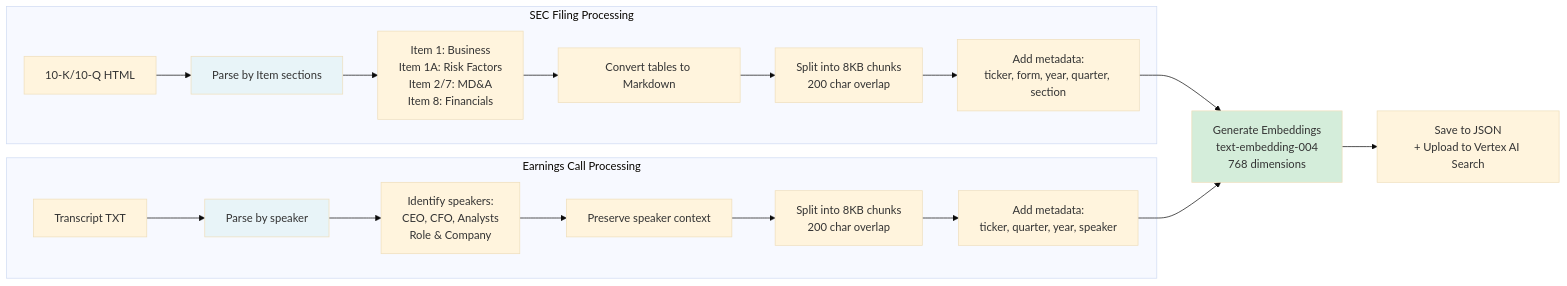
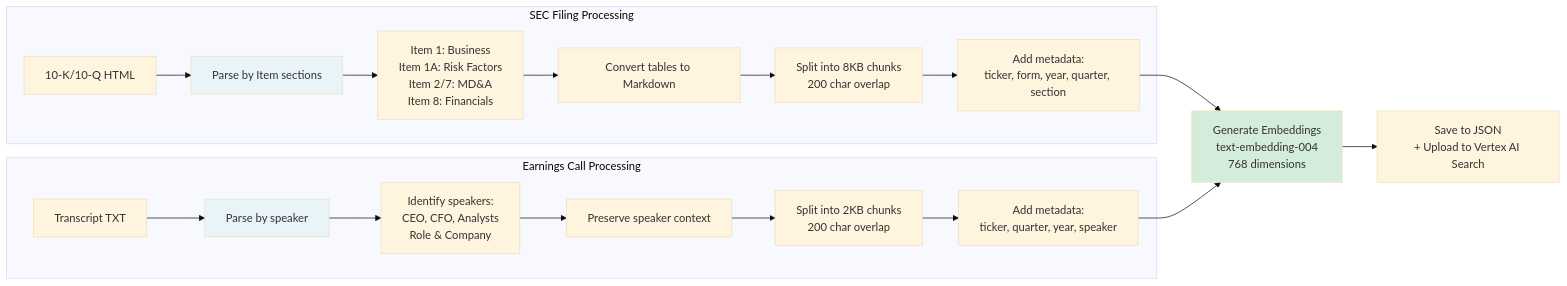
Before and after one commit to tgrady101/Insurance_AI_POC: the seventh of 11 diagrams in ARCHITECTURE_FLOW.md, drawn with Mermaid (base theme). The commit also changed other lines of this file and 1 other file, not shown here.

````diff
--- a/ARCHITECTURE_FLOW.md
+++ b/ARCHITECTURE_FLOW.md
@@ -351,27 +351,27 @@
 ```mermaid
 graph LR
     subgraph "SEC Filing Processing"
         SEC1[10-K/10-Q HTML] --> SEC2[Parse by Item sections]
         SEC2 --> SEC3[Item 1: Business<br/>Item 1A: Risk Factors<br/>Item 2/7: MD&A<br/>Item 8: Financials]
         SEC3 --> SEC4[Convert tables to Markdown]
         SEC4 --> SEC5[Split into 8KB chunks<br/>200 char overlap]
         SEC5 --> SEC6[Add metadata:<br/>ticker, form, year, quarter, section]
     end
     
     subgraph "Earnings Call Processing"
         EARN1[Transcript TXT] --> EARN2[Parse by speaker]
         EARN2 --> EARN3[Identify speakers:<br/>CEO, CFO, Analysts<br/>Role & Company]
         EARN3 --> EARN4[Preserve speaker context]
-        EARN4 --> EARN5[Split into 8KB chunks<br/>200 char overlap]
+        EARN4 --> EARN5[Split into 2KB chunks<br/>200 char overlap]
         EARN5 --> EARN6[Add metadata:<br/>ticker, quarter, year, speaker]
     end
     
     SEC6 --> EMB1[Generate Embeddings<br/>text-embedding-004<br/>768 dimensions]
     EARN6 --> EMB1
     
     EMB1 --> STORE[Save to JSON<br/>+ Upload to Vertex AI Search]
     
     style SEC2 fill:#e8f4f8
     style EARN2 fill:#e8f4f8
     style EMB1 fill:#d4edda
 ```
````
